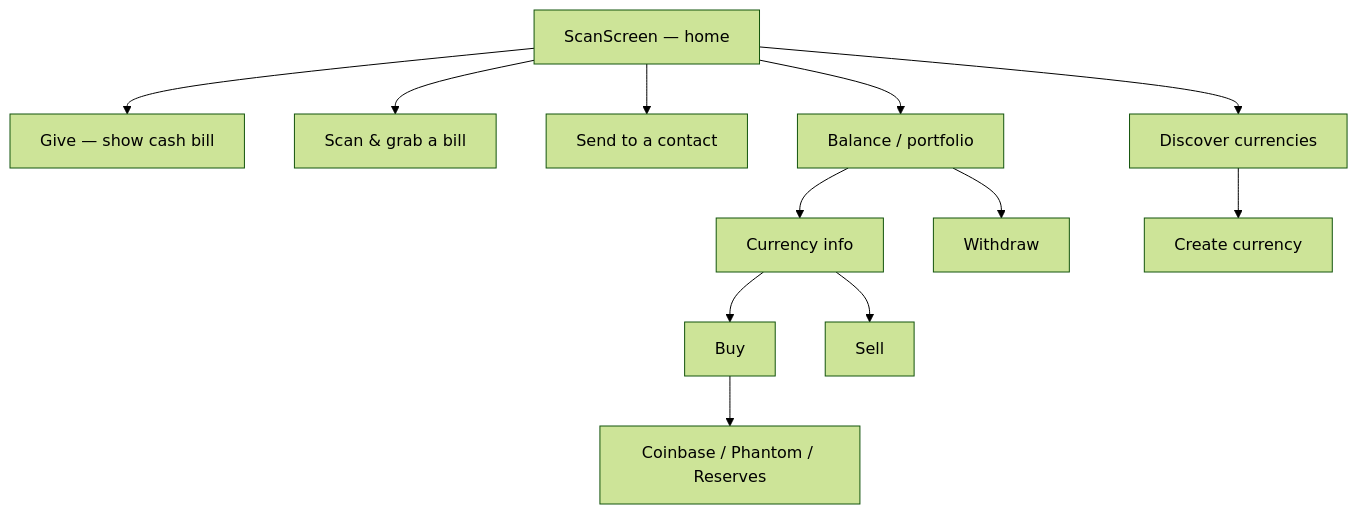
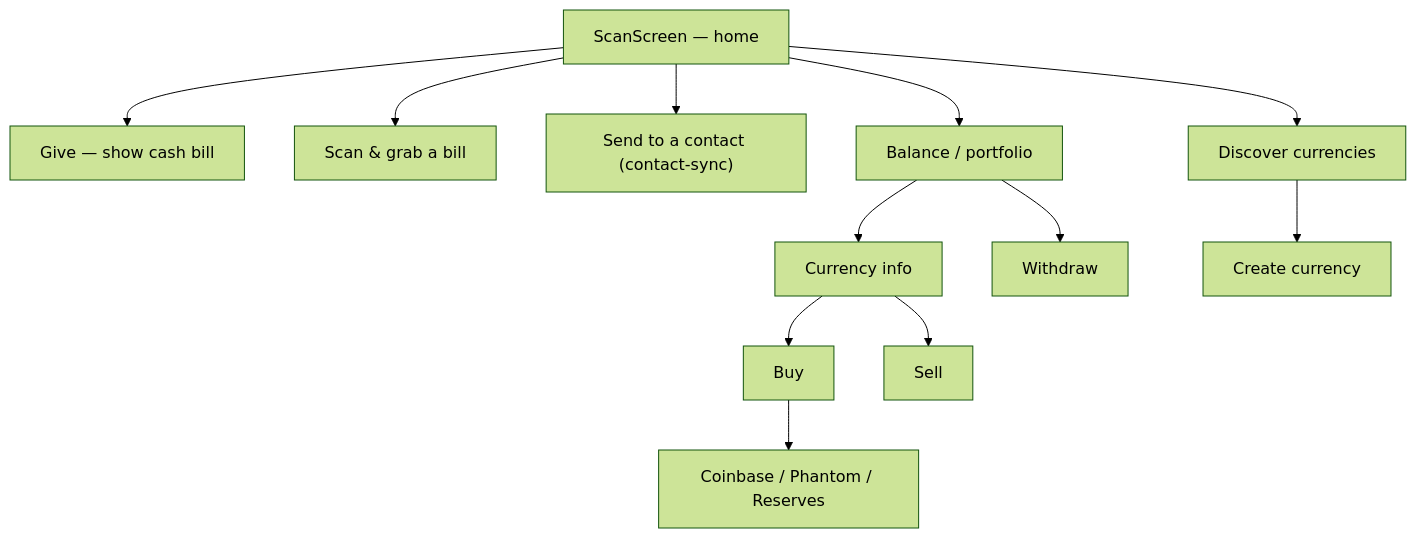
Before and after one commit to code-payments/code-ios-app: the diagram in docs/architecture/features/README.md, drawn with Mermaid (forest theme). The commit also changed other lines of this file and 10 other files, not shown here.

First line of the commit message:
docs: tag contact-sync content and fix verified inaccuracies

````diff
--- a/docs/architecture/features/README.md
+++ b/docs/architecture/features/README.md
@@ -9,14 +9,14 @@
 ```mermaid
 graph TD
     Scan["ScanScreen — home"] --> Give["Give — show cash bill"]
     Scan --> Grab["Scan & grab a bill"]
-    Scan --> Send["Send to a contact"]
+    Scan --> Send["Send to a contact (contact-sync)"]
     Scan --> Balance["Balance / portfolio"]
     Scan --> Discover["Discover currencies"]
     Balance --> Info["Currency info"]
     Info --> Buy["Buy"]
     Info --> Sell["Sell"]
     Balance --> Withdraw["Withdraw"]
     Discover --> Create["Create currency"]
     Buy --> Fund["Coinbase / Phantom / Reserves"]
 ```
````
